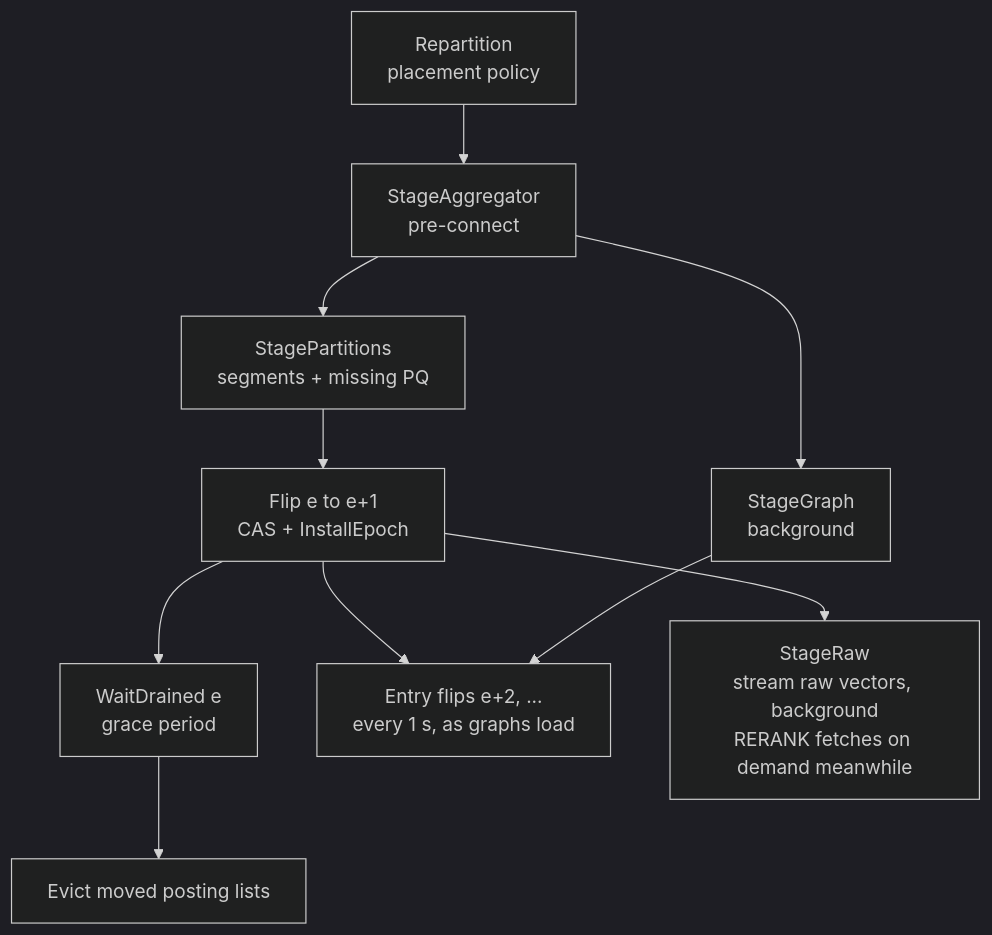
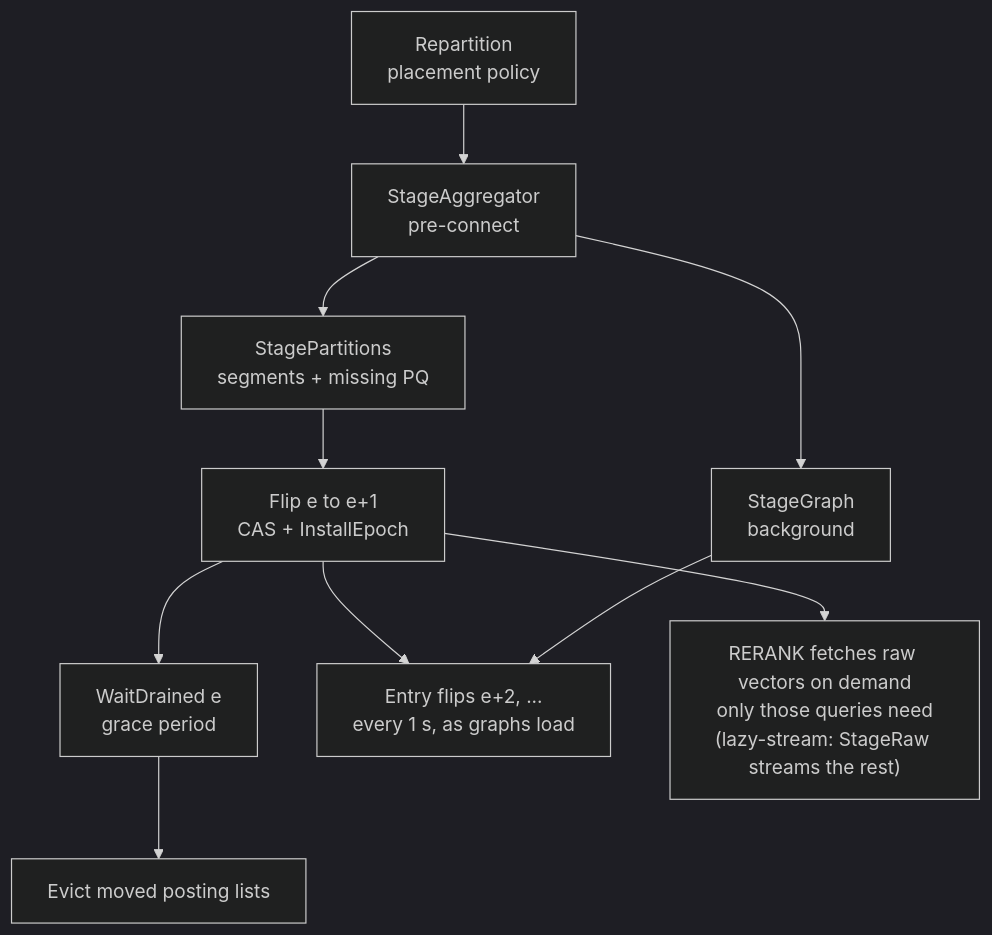
One commit to JYcx9248/RegionalReconfig changed the diagram in docs/design.md. Above: the diagram before and after it, drawn with Mermaid (dark theme). The commit also changed other lines of this file and 27 other files, not shown here.

````diff
--- a/docs/design.md
+++ b/docs/design.md
@@ -82,12 +82,12 @@
 ```mermaid
 flowchart TD
   A["Repartition<br/>placement policy"] --> B["StageAggregator<br/>pre-connect"]
   B --> C["StagePartitions<br/>segments + missing PQ"]
   B --> G["StageGraph<br/>background"]
   C --> D["Flip e to e+1<br/>CAS + InstallEpoch"]
   D --> E["WaitDrained e<br/>grace period"]
   E --> F["Evict moved posting lists"]
   D --> H["Entry flips e+2, ...<br/>every 1 s, as graphs load"]
   G --> H
-  D --> R["StageRaw<br/>stream raw vectors, background<br/>RERANK fetches on demand meanwhile"]
+  D --> R["RERANK fetches raw vectors on demand<br/>only those queries need<br/>(lazy-stream: StageRaw streams the rest)"]
 ```
````
